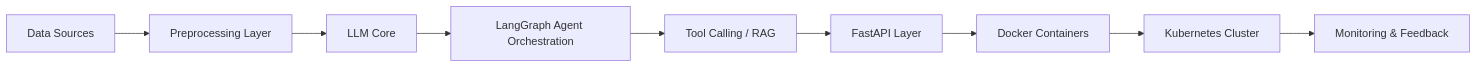
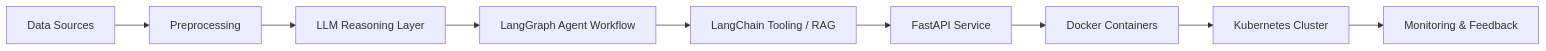
The diagram in README.md (DesiLadkaa/DesiLadkaa), drawn with Mermaid before and after one commit. The commit also changed other lines of this file, not shown here.

````diff
--- a/README.md
+++ b/README.md
@@ -29,11 +28,11 @@
 ```mermaid
 flowchart LR
-    A[Data Sources] --> B[Preprocessing Layer]
-    B --> C[LLM Core]
-    C --> D[LangGraph Agent Orchestration]
-    D --> E[Tool Calling / RAG]
-    E --> F[FastAPI Layer]
+    A[Data Sources] --> B[Preprocessing]
+    B --> C[LLM Reasoning Layer]
+    C --> D[LangGraph Agent Workflow]
+    D --> E[LangChain Tooling / RAG]
+    E --> F[FastAPI Service]
     F --> G[Docker Containers]
     G --> H[Kubernetes Cluster]
     H --> I[Monitoring & Feedback]
 ```
````
